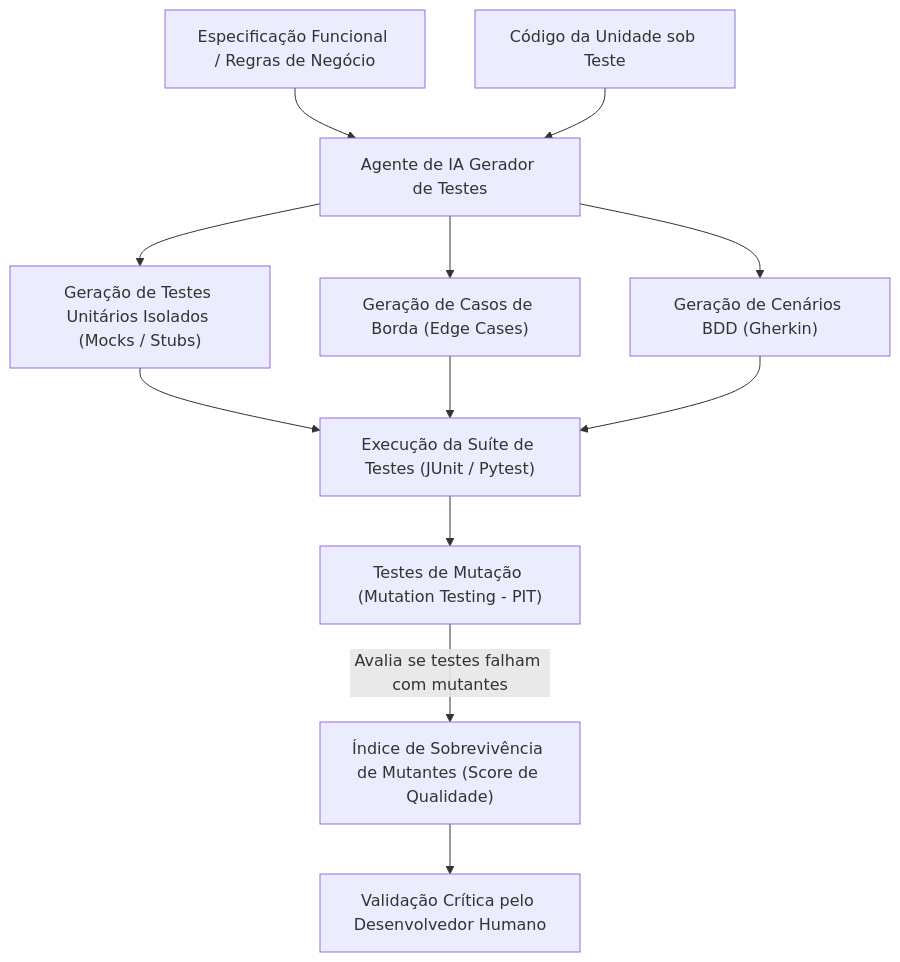
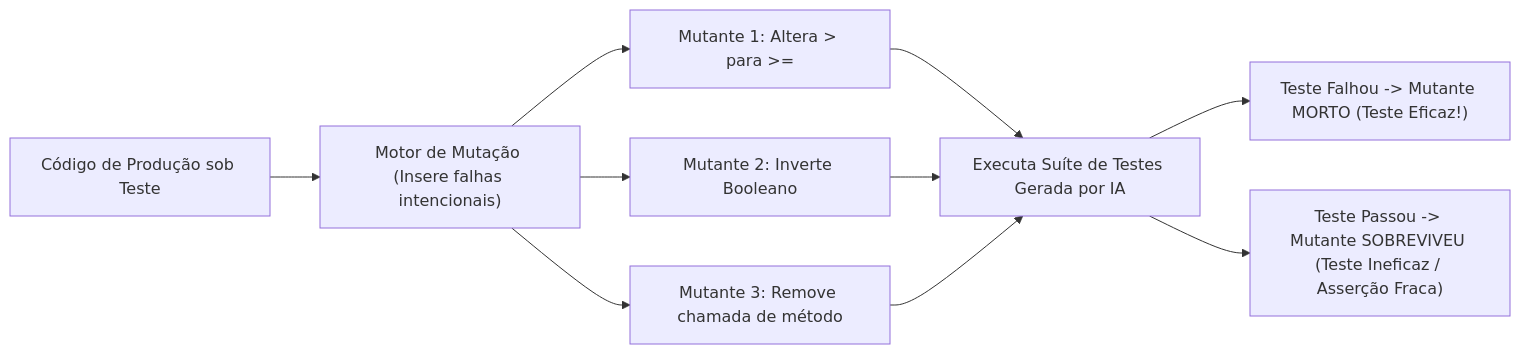
Before and after one commit to thiagosantos346/TCE-GO-2027: the fourth of 4 diagrams in fontes_de_estudo/conhecimentos_especificos_b02_ti/06_engenharia_software_ia_e_sistemas_agentivos/03_ciclo_de_vida_assistido_geracao_testes_e_depuracao.md, drawn with Mermaid. The commit also changed other lines of this file and 119 other files, not shown here.

````diff
--- a/fontes_de_estudo/conhecimentos_especificos_b02_ti/06_engenharia_software_ia_e_sistemas_agentivos/03_ciclo_de_vida_assistido_geracao_testes_e_depuracao.md
+++ b/fontes_de_estudo/conhecimentos_especificos_b02_ti/06_engenharia_software_ia_e_sistemas_agentivos/03_ciclo_de_vida_assistido_geracao_testes_e_depuracao.md
@@ -146,13 +246,11 @@
 ```mermaid
-flowchart TD
-    SPEC["Especificação Funcional / Regras de Negócio"] --> AG["Agente de IA Gerador de Testes"]
-    CODE["Código da Unidade sob Teste"] --> AG
-    AG --> UT["Geração de Testes Unitários Isolados (Mocks / Stubs)"]
-    AG --> EC["Geração de Casos de Borda (Edge Cases)"]
-    AG --> BDD["Geração de Cenários BDD (Gherkin)"]
+flowchart LR
+    SUT["Código de Produção sob Teste"] --> MUT["Motor de Mutação (Insere falhas intencionais)"]
+    MUT --> M1["Mutante 1: Altera > para >="]
+    MUT --> M2["Mutante 2: Inverte Booleano"]
+    MUT --> M3["Mutante 3: Remove chamada de método"]
     
-    UT & EC & BDD --> RUN["Execução da Suíte de Testes (JUnit / Pytest)"]
-    RUN --> MUT["Testes de Mutação (Mutation Testing - PIT)"]
-    MUT -->|Avalia se testes falham com mutantes| SCORE["Índice de Sobrevivência de Mutantes (Score de Qualidade)"]
-    SCORE --> DEV["Validação Crítica pelo Desenvolvedor Humano"]
+    M1 & M2 & M3 --> RUN["Executa Suíte de Testes Gerada por IA"]
+    RUN --> R1["Teste Falhou -> Mutante MORTO (Teste Eficaz!)"]
+    RUN --> R2["Teste Passou -> Mutante SOBREVIVEU (Teste Ineficaz / Asserção Fraca)"]
 ```
````
